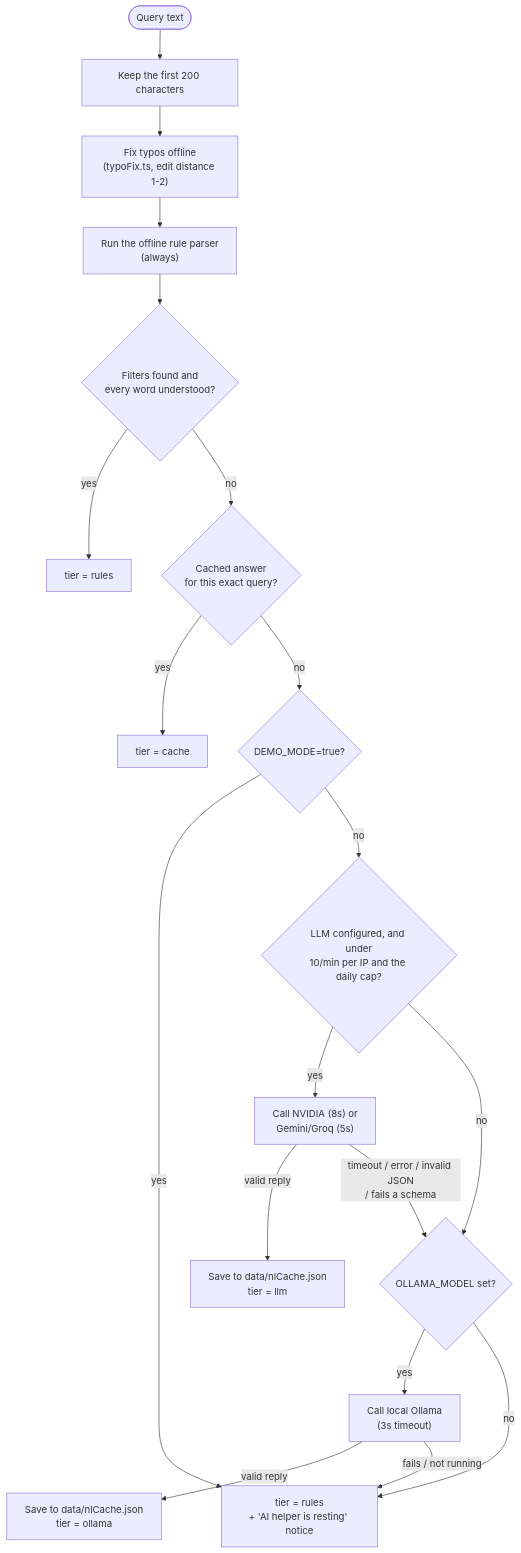
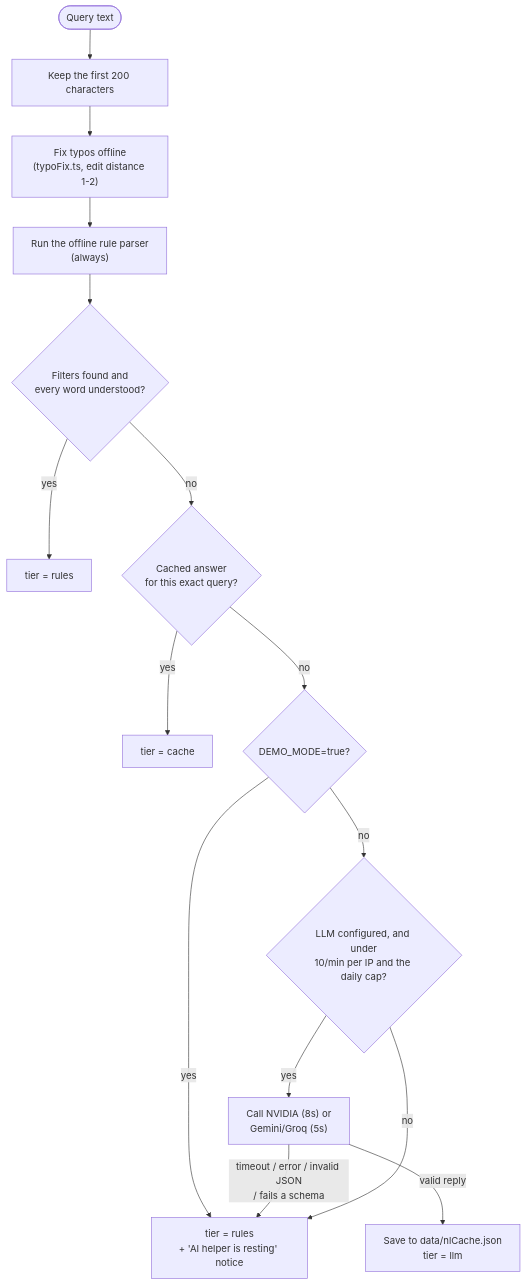
One commit to AlfredBateman/StockPilot changed the second of 2 diagrams in README.md. Above: the diagram before and after it, drawn with Mermaid. The commit also changed other lines of this file and 11 other files, not shown here.

Commit message:
Remove the Ollama tier, its tests, env var and docs

````diff
--- a/README.md
+++ b/README.md
@@ -140,32 +137,26 @@
 ```mermaid
 flowchart TD
     Start(["Query text"]) --> Cut["Keep the first 200 characters"]
     Cut --> Typo["Fix typos offline
 (typoFix.ts, edit distance 1-2)"]
     Typo --> Rules0["Run the offline rule parser
 (always)"]
     Rules0 --> Done{"Filters found and
 every word understood?"}
     Done -- yes --> UseRules0["tier = rules"]
     Done -- no --> Cache1{"Cached answer
 for this exact query?"}
     Cache1 -- yes --> UseCache["tier = cache"]
     Cache1 -- no --> Demo{"DEMO_MODE=true?"}
     Demo -- yes --> Resting["tier = rules
 + 'AI helper is resting' notice"]
     Demo -- no --> Guard{"LLM configured, and under
 10/min per IP and the daily cap?"}
     Guard -- yes --> LLMCall["Call NVIDIA (8s) or
 Gemini/Groq (5s)"]
     LLMCall -- "valid reply" --> Remember1["Save to data/nlCache.json
 tier = llm"]
     LLMCall -- "timeout / error / invalid JSON
-/ fails a schema" --> OllamaTry{"OLLAMA_MODEL set?"}
-    Guard -- no --> OllamaTry
-    OllamaTry -- yes --> OllamaCall["Call local Ollama
-(3s timeout)"]
-    OllamaCall -- "valid reply" --> Remember2["Save to data/nlCache.json
-tier = ollama"]
-    OllamaCall -- "fails / not running" --> Resting
-    OllamaTry -- no --> Resting
+/ fails a schema" --> Resting
+    Guard -- no --> Resting
 ```
````
